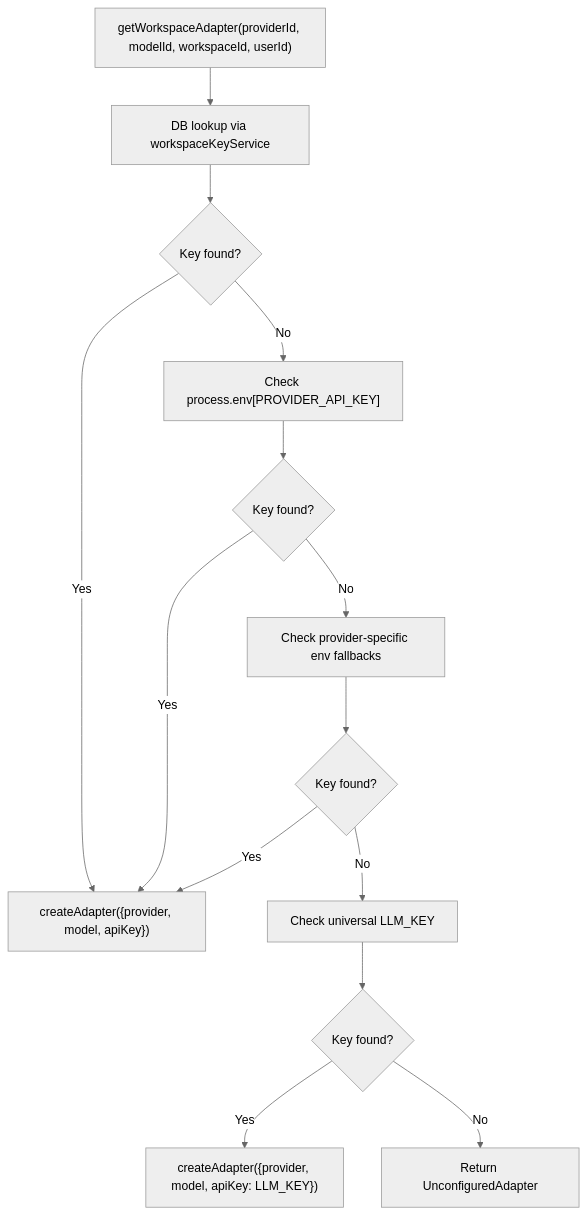
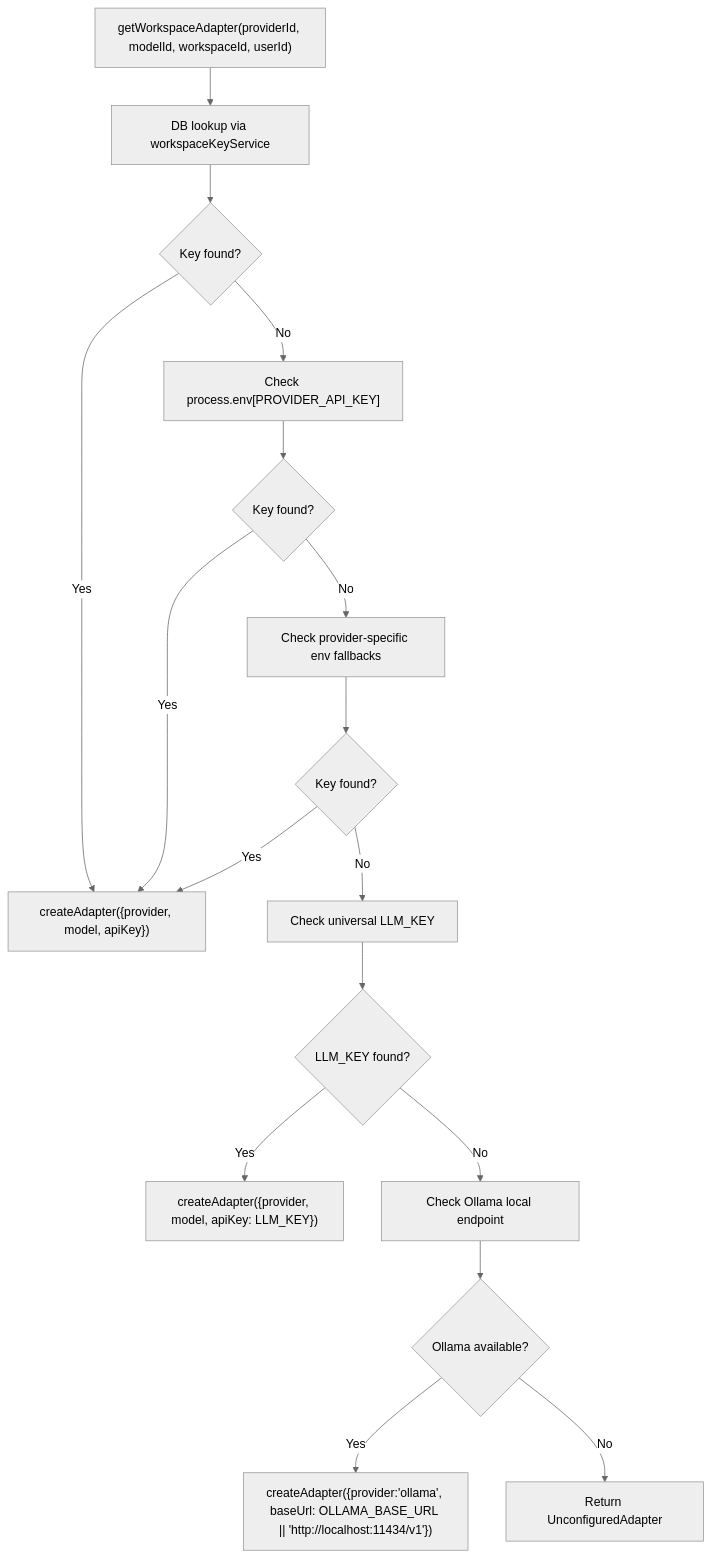
The ninth of 11 diagrams in .qoder/repowiki/en/content/Architecture & Design/Layered Architecture/Business Logic Layer/AI Provider Adapter System.md (shekhargiri005-dotcom/AI-powered-accessibility-first-UI-engine), drawn with Mermaid (neutral theme) before and after one commit. The commit also changed other lines of this file and 10 other files, not shown here.

````diff
--- a/.qoder/repowiki/en/content/Architecture & Design/Layered Architecture/Business Logic Layer/AI Provider Adapter System.md
+++ b/.qoder/repowiki/en/content/Architecture & Design/Layered Architecture/Business Logic Layer/AI Provider Adapter System.md
@@ -366,16 +407,19 @@
 ```mermaid
 flowchart TD
 A["getWorkspaceAdapter(providerId, modelId, workspaceId, userId)"] --> B["DB lookup via workspaceKeyService"]
 B --> C{"Key found?"}
 C -- Yes --> D["createAdapter({provider, model, apiKey})"]
 C -- No --> E["Check process.env[PROVIDER_API_KEY]"]
 E --> F{"Key found?"}
 F -- Yes --> D
 F -- No --> G["Check provider-specific env fallbacks"]
 G --> H{"Key found?"}
 H -- Yes --> D
 H -- No --> I["Check universal LLM_KEY"]
-I --> J{"Key found?"}
+I --> J{"LLM_KEY found?"}
 J -- Yes --> K["createAdapter({provider, model, apiKey: LLM_KEY})"]
-J -- No --> L["Return UnconfiguredAdapter"]
+J -- No --> L["Check Ollama local endpoint"]
+L --> M{"Ollama available?"}
+M -- Yes --> N["createAdapter({provider:'ollama', baseUrl: OLLAMA_BASE_URL || 'http://localhost:11434/v1'})"]
+M -- No --> O["Return UnconfiguredAdapter"]
 ```
````
